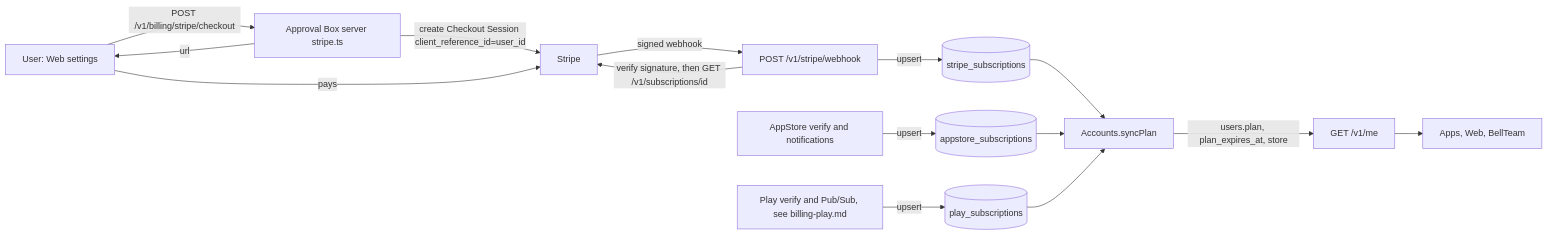
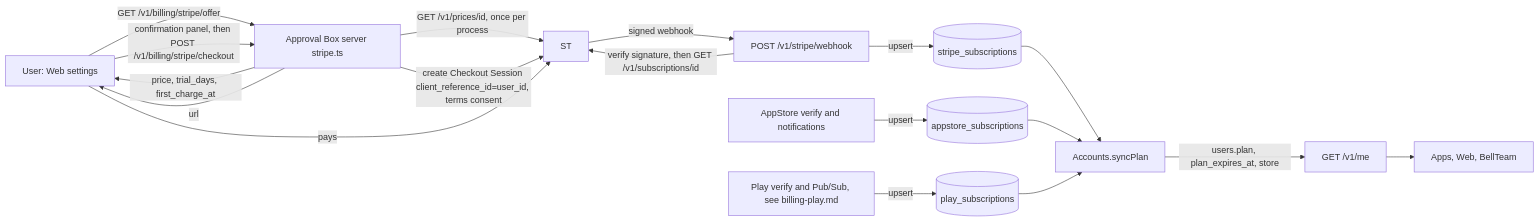
Before and after one commit to kitepon/approval-box: the diagram in docs/billing-stripe.md, drawn with Mermaid. The commit also changed other lines of this file and 12 other files, not shown here.

First line of the commit message:
feat: annex legal pages, Stripe offer endpoint, confirmation panel and terms consent

````diff
--- a/docs/billing-stripe.md
+++ b/docs/billing-stripe.md
@@ -25,17 +25,20 @@
 ```mermaid
 flowchart LR
-  U[User: Web settings] -->|POST /v1/billing/stripe/checkout| S[Approval Box server stripe.ts]
-  S -->|create Checkout Session client_reference_id=user_id| ST[Stripe]
+  U[User: Web settings] -->|GET /v1/billing/stripe/offer| S[Approval Box server stripe.ts]
+  S -->|price, trial_days, first_charge_at| U
+  U -->|confirmation panel, then POST /v1/billing/stripe/checkout| S
+  S -->|GET /v1/prices/id, once per process| ST
+  S -->|create Checkout Session client_reference_id=user_id, terms consent| ST
   S -->|url| U
   U -->|pays| ST
   ST -->|signed webhook| W[POST /v1/stripe/webhook]
   W -->|verify signature, then GET /v1/subscriptions/id| ST
   W -->|upsert| T[(stripe_subscriptions)]
   A[AppStore verify and notifications] -->|upsert| T2[(appstore_subscriptions)]
   G[Play verify and Pub/Sub, see billing-play.md] -->|upsert| T3[(play_subscriptions)]
   T --> P[Accounts.syncPlan]
   T2 --> P
   T3 --> P
   P -->|users.plan, plan_expires_at, store| ME[GET /v1/me]
   ME --> R[Apps, Web, BellTeam]
 ```
````
